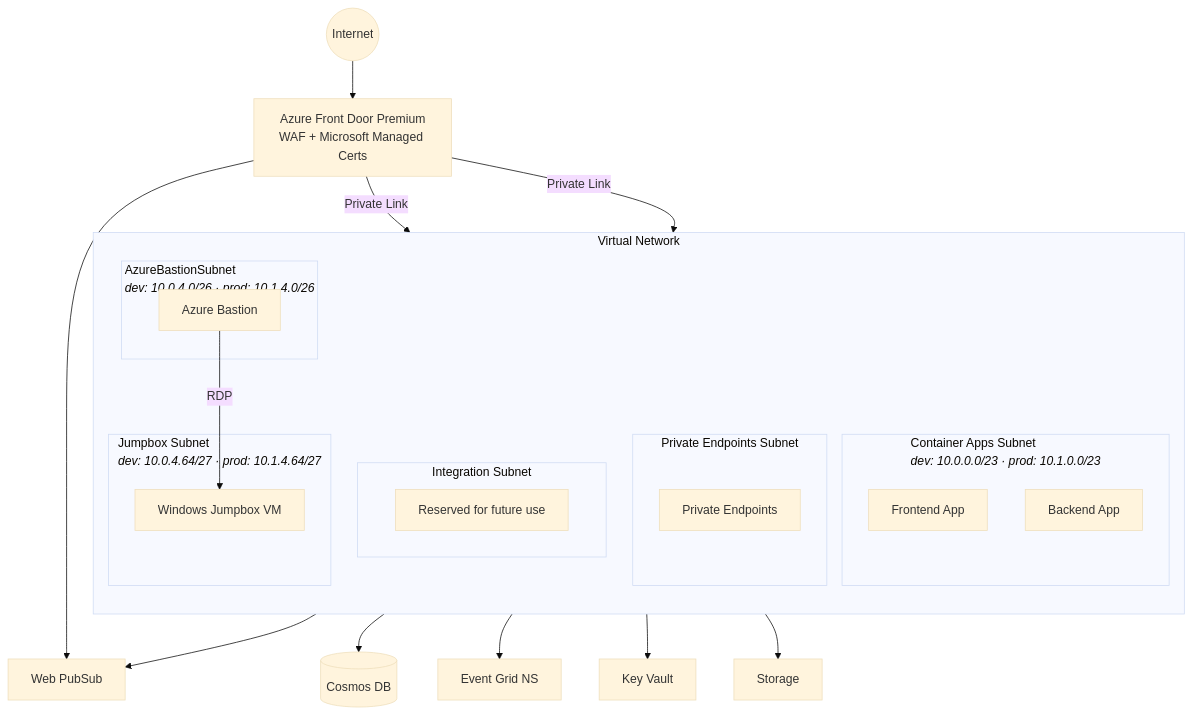
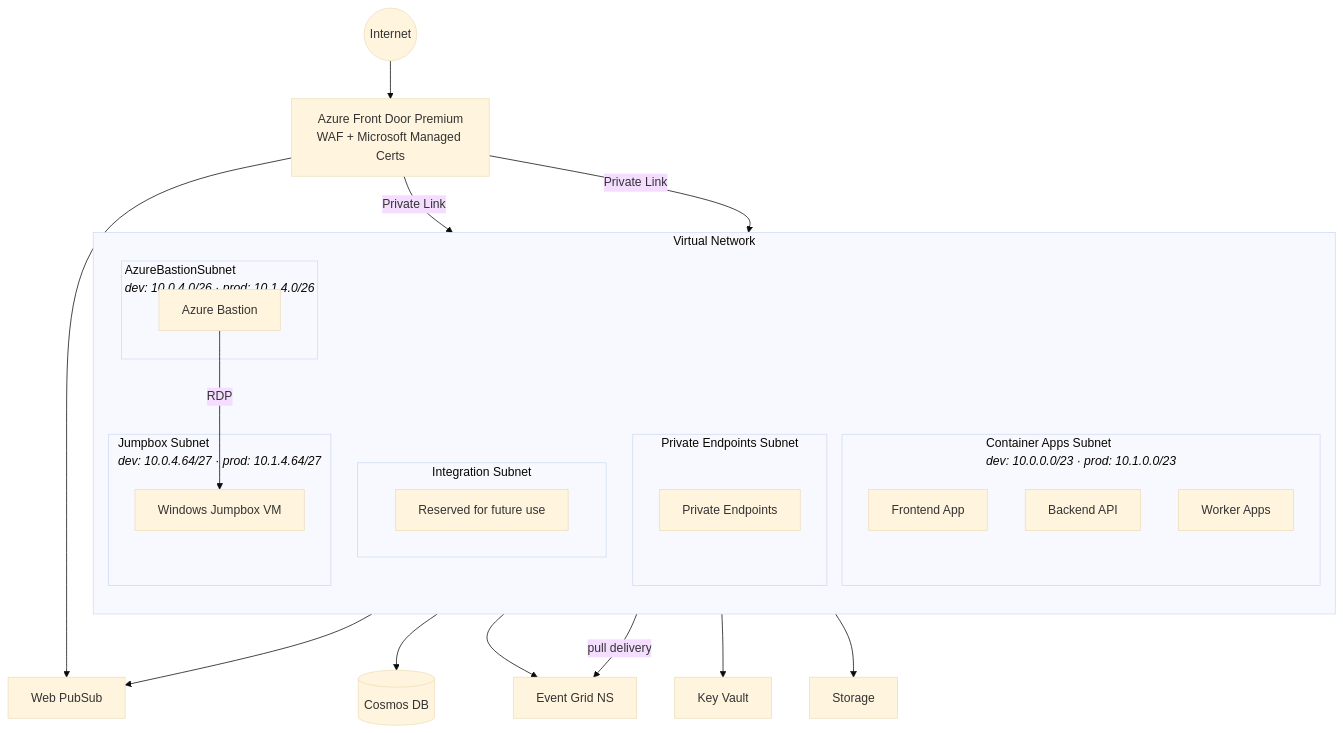
One commit to christopherhouse/Azure-Integration-Copilot changed the first of 2 diagrams in README.md. Above: the diagram before and after it, drawn with Mermaid (base theme). The commit also changed other lines of this file and 2 other files, not shown here.

````diff
--- a/README.md
+++ b/README.md
@@ -163,34 +191,36 @@
 ```mermaid
 graph TB
     subgraph VNet ["Virtual Network"]
         direction TB
         subgraph CAE ["Container Apps Subnet<br/><i>dev: 10.0.0.0/23 · prod: 10.1.0.0/23</i>"]
             FE[Frontend App]
-            BE[Backend App]
+            BE[Backend API]
+            WK[Worker Apps]
         end
         subgraph PES ["Private Endpoints Subnet"]
             PE[Private Endpoints]
         end
         subgraph INT ["Integration Subnet"]
             RS[Reserved for future use]
         end
         subgraph BAS ["AzureBastionSubnet<br/><i>dev: 10.0.4.0/26 · prod: 10.1.4.0/26</i>"]
             BASTION[Azure Bastion]
         end
         subgraph JB ["Jumpbox Subnet<br/><i>dev: 10.0.4.64/27 · prod: 10.1.4.64/27</i>"]
             VM[Windows Jumpbox VM]
         end
     end
 
     AFD[Azure Front Door Premium<br/>WAF + Microsoft Managed Certs]
     Internet((Internet)) --> AFD
     AFD -- "Private Link" --> FE
     AFD -- "Private Link" --> BE
     AFD --> WPS[Web PubSub]
     PE --> CosmosDB[(Cosmos DB)]
     PE --> EG[Event Grid NS]
     PE --> KV[Key Vault]
     PE --> SA[Storage]
     PE --> WPS
+    WK -- "pull delivery" --> EG
     BASTION -- "RDP" --> VM
 ```
````
